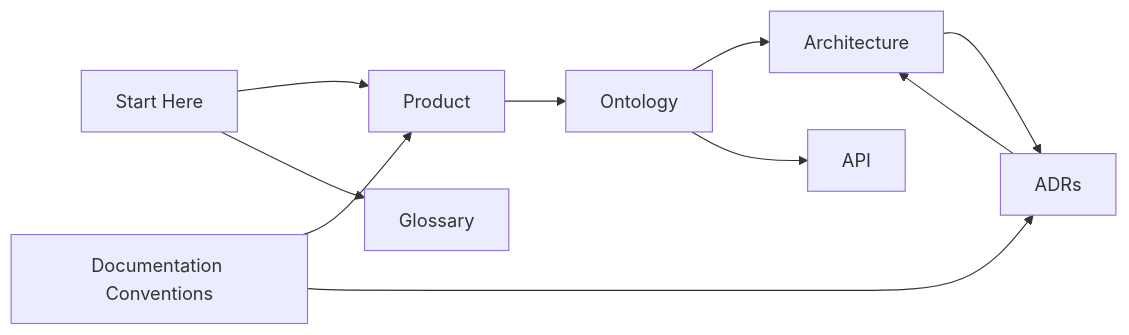
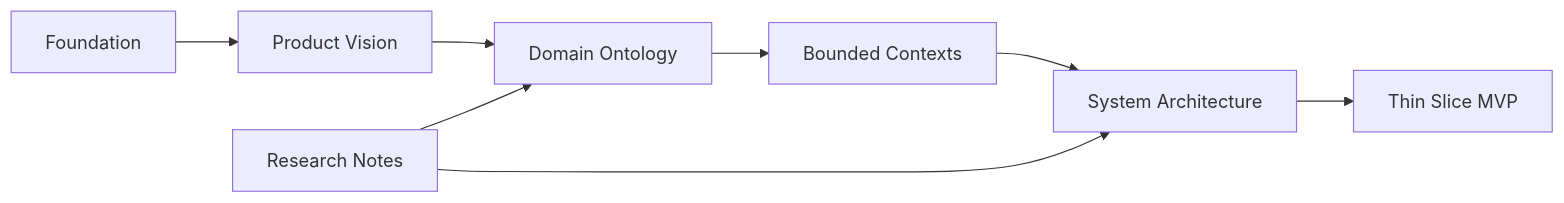
One commit to Nyadzayo/pay-orchestration changed the first of 2 diagrams in docs/index.mdx. Above: the diagram before and after it, drawn with Mermaid. The commit also changed other lines of this file and 66 other files, not shown here.

````diff
--- a/docs/index.mdx
+++ b/docs/index.mdx
@@ -24,12 +39,10 @@
 ```mermaid
 flowchart LR
-  Start[Start Here] --> Product[Product]
-  Start --> Glossary[Glossary]
-  Product[Product] --> Ontology[Ontology]
-  Ontology --> Architecture[Architecture]
-  Architecture --> ADRs[ADRs]
-  Ontology --> API[API]
-  ADRs --> Architecture
-  Conventions[Documentation Conventions] --> Product
-  Conventions --> ADRs
+  Foundation[Foundation] --> Product[Product Vision]
+  Product --> Ontology[Domain Ontology]
+  Ontology --> Domain[Bounded Contexts]
+  Domain --> Architecture[System Architecture]
+  Architecture --> ThinSlice[Thin Slice MVP]
+  Research[Research Notes] --> Ontology
+  Research --> Architecture
 ```
````
